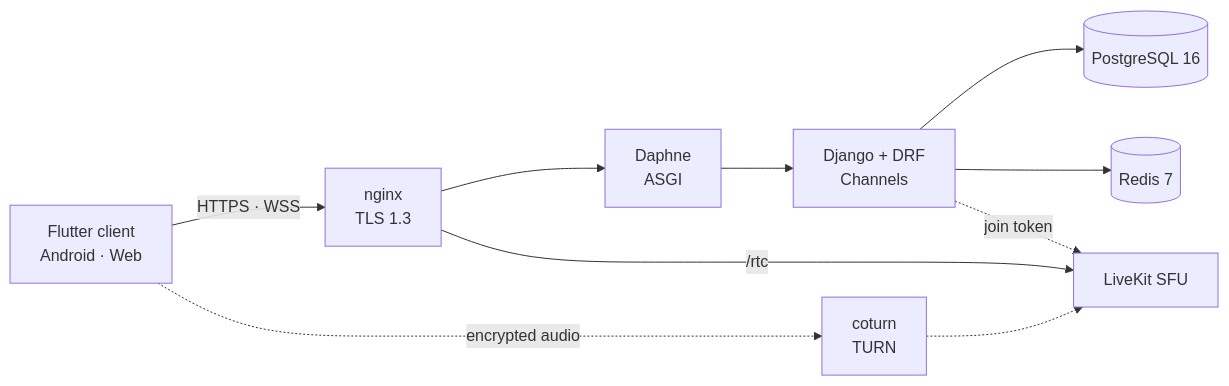
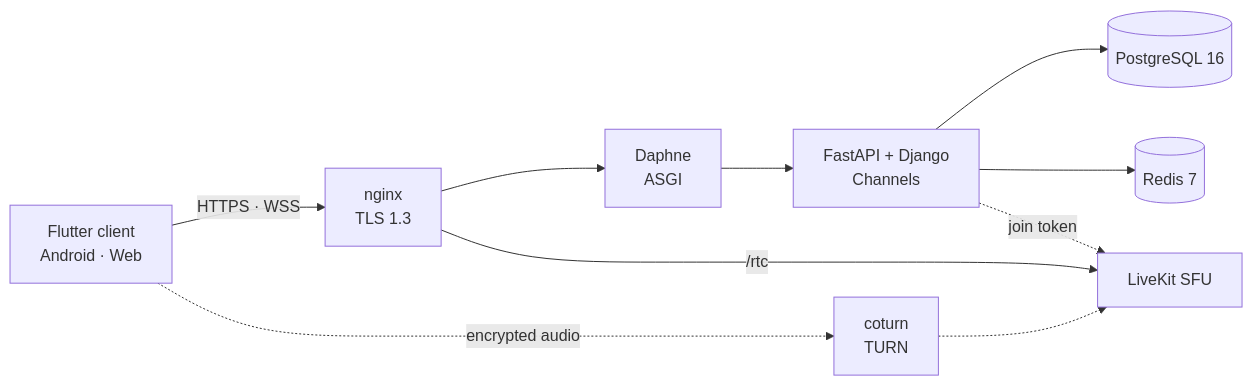
Before and after one commit to n-shadloo/communication-platform: the diagram in README.md, drawn with Mermaid. The commit also changed other lines of this file and 16 other files, not shown here.

````diff
--- a/README.md
+++ b/README.md
@@ -53,21 +53,21 @@
 ```mermaid
 flowchart LR
   C["Flutter client<br/>Android · Web"]
   N["nginx<br/>TLS 1.3"]
   D["Daphne<br/>ASGI"]
-  A["Django + DRF<br/>Channels"]
+  A["FastAPI + Django<br/>Channels"]
   P[("PostgreSQL 16")]
   R[("Redis 7")]
   L["LiveKit SFU"]
   T["coturn<br/>TURN"]
 
   C -->|"HTTPS · WSS"| N
   N --> D
   D --> A
   A --> P
   A --> R
   N -->|"/rtc"| L
   A -.->|"join token"| L
   C -.->|"encrypted audio"| T
   T -.-> L
 ```
````
